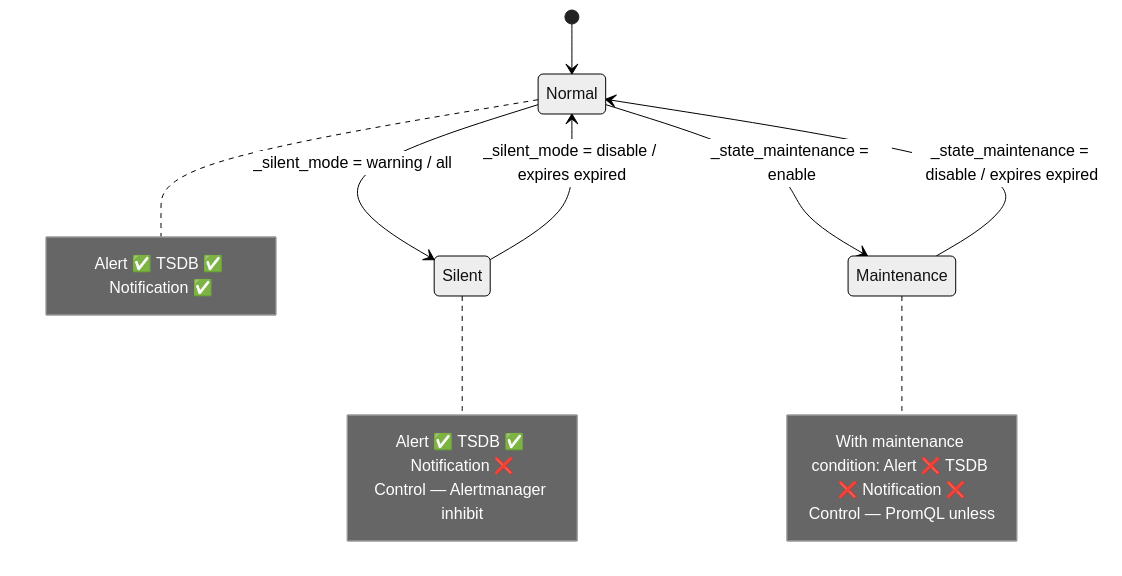
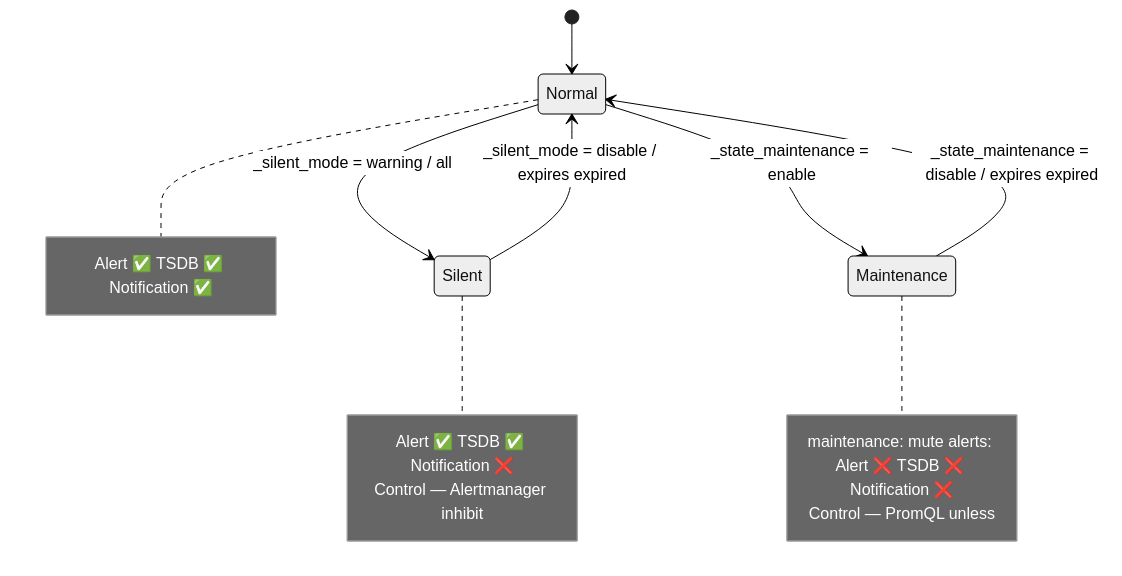
One commit to vencil/Dynamic-Alerting-Integrations changed the second of 3 diagrams in docs/design/config-driven.en.md. Above: the diagram before and after it, drawn with Mermaid (neutral theme). The commit also changed other lines of this file and 85 other files, not shown here.

First line of the commit message:
feat(rule-packs)!: 維護期間要不要擋改由 `maintenance: mute|page` label 決定，維護條件由生成器寫入（#3309）

````diff
--- a/docs/design/config-driven.en.md
+++ b/docs/design/config-driven.en.md
@@ -489,20 +489,20 @@
 ```mermaid
 stateDiagram-v2
     [*] --> Normal
     Normal --> Silent : _silent_mode = warning / all
     Normal --> Maintenance : _state_maintenance = enable
     Silent --> Normal : _silent_mode = disable / expires expired
     Maintenance --> Normal : _state_maintenance = disable / expires expired
 
     note right of Normal
         Alert ✅ TSDB ✅ Notification ✅
     end note
     note right of Silent
         Alert ✅ TSDB ✅ Notification ❌
         Control — Alertmanager inhibit
     end note
     note right of Maintenance
-        With maintenance condition: Alert ❌ TSDB ❌ Notification ❌
+        maintenance: mute alerts: Alert ❌ TSDB ❌ Notification ❌
         Control — PromQL unless
     end note
 ```
````
